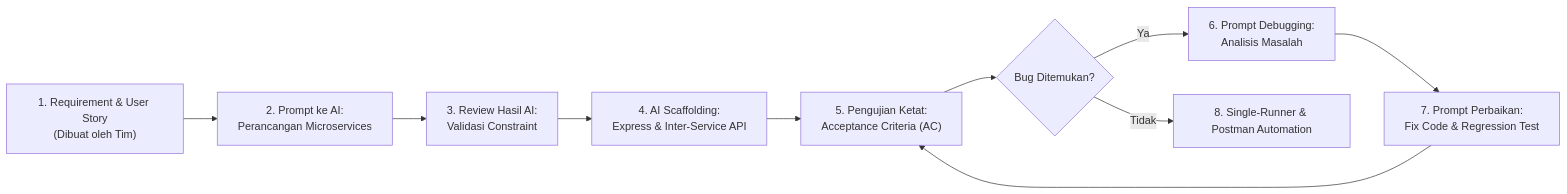
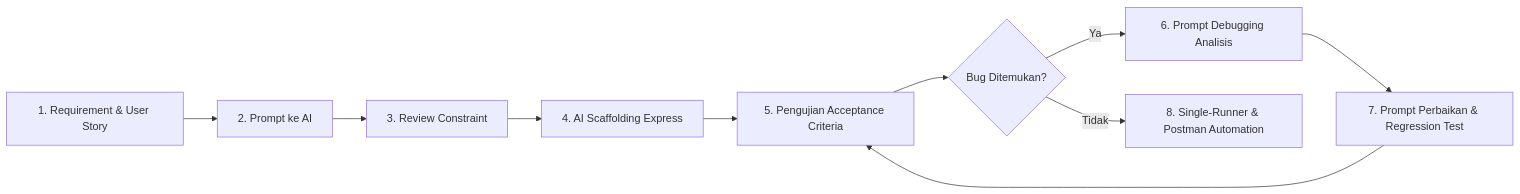
The diagram in AI_DOCUMENTATION.md (BAIWAN-EPEP/VIBE-CODING-PRAK-2), drawn with Mermaid before and after one commit. The commit also changed other lines of this file and 1 other file, not shown here.

Commit message:
fix: embed PNG diagram assets and fix mermaid syntax in ARCHITECTURE.md and AI_DOCUMENTATION.md

````diff
--- a/AI_DOCUMENTATION.md
+++ b/AI_DOCUMENTATION.md
@@ -18,12 +23,12 @@
 ```mermaid
 graph LR
-    A["1. Requirement & User Story<br/>(Dibuat oleh Tim)"] --> B["2. Prompt ke AI:<br/>Perancangan Microservices"]
-    B --> C["3. Review Hasil AI:<br/>Validasi Constraint"]
-    C --> D["4. AI Scaffolding:<br/>Express & Inter-Service API"]
-    D --> E["5. Pengujian Ketat:<br/>Acceptance Criteria (AC)"]
+    A["1. Requirement & User Story"] --> B["2. Prompt ke AI"]
+    B --> C["3. Review Constraint"]
+    C --> D["4. AI Scaffolding Express"]
+    D --> E["5. Pengujian Acceptance Criteria"]
     E --> F{"Bug Ditemukan?"}
-    F -- Ya --> G["6. Prompt Debugging:<br/>Analisis Masalah"]
-    G --> H["7. Prompt Perbaikan:<br/>Fix Code & Regression Test"]
+    F -- Ya --> G["6. Prompt Debugging Analisis"]
+    G --> H["7. Prompt Perbaikan & Regression Test"]
     F -- Tidak --> I["8. Single-Runner & Postman Automation"]
     H --> E
 ```
````
